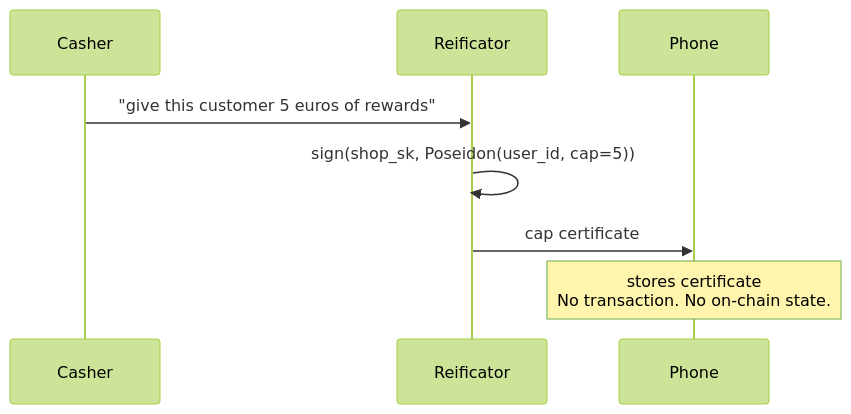
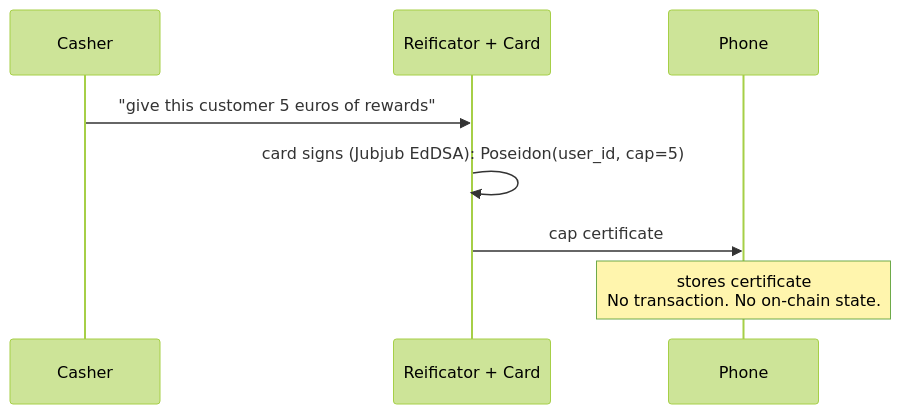
Before and after one commit to lambdasistemi/harvest: the third of 8 diagrams in docs/protocol/lifecycle.md, drawn with Mermaid (forest theme). The commit also changed other lines of this file and 9 other files, not shown here.

````diff
--- a/docs/protocol/lifecycle.md
+++ b/docs/protocol/lifecycle.md
@@ -47,11 +48,11 @@
 ```mermaid
 sequenceDiagram
     participant C as Casher
-    participant R as Reificator
+    participant R as Reificator + Card
     participant P as Phone
 
     C->>R: "give this customer 5 euros of rewards"
-    R->>R: sign(shop_sk, Poseidon(user_id, cap=5))
+    R->>R: card signs (Jubjub EdDSA): Poseidon(user_id, cap=5)
     R->>P: cap certificate
     Note over P: stores certificate<br/>No transaction. No on-chain state.
 ```
````
